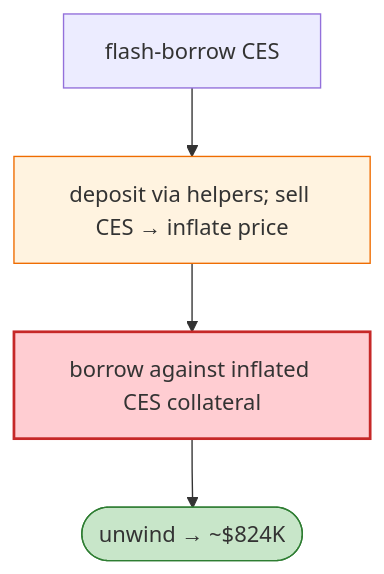
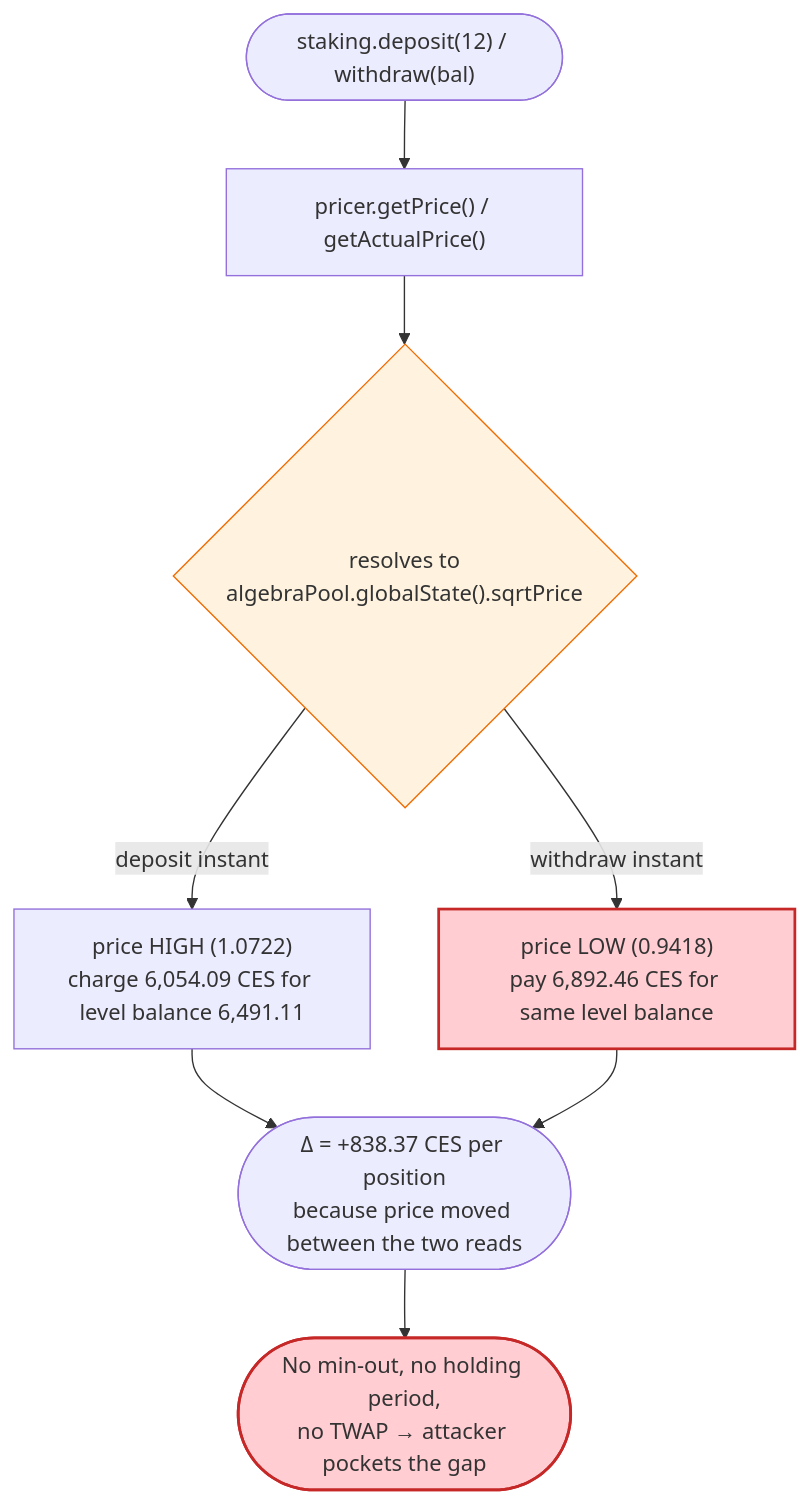
The third of 4 diagrams in 2026-03-WhalebitOracleManipulation_exp/WhalebitOracleManipulation_exp.md (sanbir/evm-hack-registry), drawn with Mermaid before and after one commit. The commit also changed other lines of this file and 32 other files, not shown here.

````diff
--- a/2026-03-WhalebitOracleManipulation_exp/WhalebitOracleManipulation_exp.md
+++ b/2026-03-WhalebitOracleManipulation_exp/WhalebitOracleManipulation_exp.md
@@ -38,10 +355,14 @@
 ```mermaid
 flowchart TD
-    FL["flash-borrow CES"] --> DEP["deposit via helpers; sell CES → inflate price"]
-    DEP --> B["borrow against inflated CES collateral"]
-    B --> OUT(["unwind → ~$824K"])
+    Start(["staking.deposit(12) / withdraw(bal)"]) --> Q["pricer.getPrice() / getActualPrice()"]
+    Q --> G{"resolves to<br/>algebraPool.globalState().sqrtPrice"}
+    G -- "deposit instant" --> Hi["price HIGH (1.0722)<br/>charge 6,054.09 CES for level balance 6,491.11"]
+    G -- "withdraw instant" --> Lo["price LOW (0.9418)<br/>pay 6,892.46 CES for same level balance"]
+    Hi --> Gap
+    Lo --> Gap(["Δ = +838.37 CES per position<br/>because price moved between the two reads"])
+    Gap --> Broken(["No min-out, no holding period,<br/>no TWAP → attacker pockets the gap"])
 
-    style DEP fill:#fff3e0,stroke:#ef6c00
-    style B fill:#ffcdd2,stroke:#c62828,stroke-width:2px
-    style OUT fill:#c8e6c9,stroke:#2e7d32
+    style G fill:#fff3e0,stroke:#ef6c00
+    style Lo fill:#ffcdd2,stroke:#c62828,stroke-width:2px
+    style Broken fill:#ffcdd2,stroke:#c62828,stroke-width:2px
 ```
````
